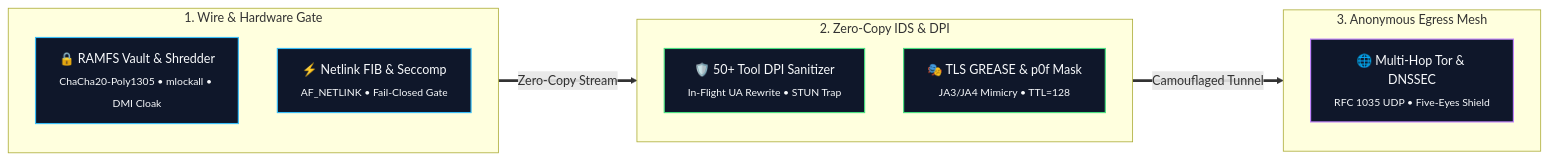
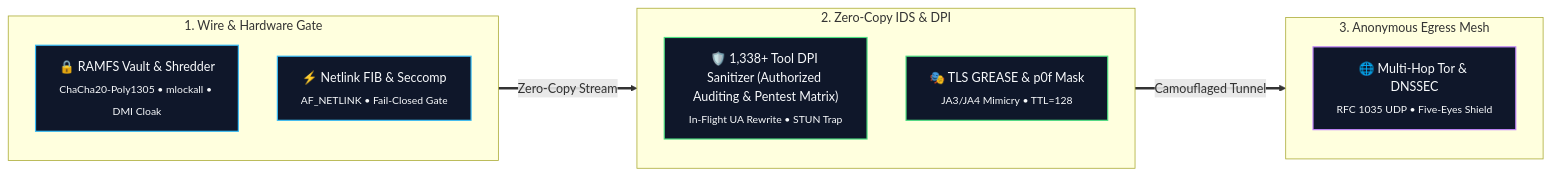
The first of 2 diagrams in README.md (ByGh00st/wraith), drawn with Mermaid before and after one commit. The commit also changed other lines of this file and 112 other files, not shown here.

````diff
--- a/README.md
+++ b/README.md
@@ -95,23 +100,23 @@
 ```mermaid
 graph LR
     classDef kBox fill:#0f172a,stroke:#38bdf8,stroke-width:1.5px,color:#f8fafc;
     classDef gBox fill:#0f172a,stroke:#4ade80,stroke-width:1.5px,color:#f8fafc;
     classDef tBox fill:#0f172a,stroke:#c084fc,stroke-width:1.5px,color:#f8fafc;
 
     subgraph G1["1. Wire & Hardware Gate"]
         L0["🔒 RAMFS Vault & Shredder<br/><sub>ChaCha20-Poly1305 • mlockall • DMI Cloak</sub>"]:::kBox
         L1["⚡ Netlink FIB & Seccomp<br/><sub>AF_NETLINK • Fail-Closed Gate</sub>"]:::kBox
     end
 
     subgraph G2["2. Zero-Copy IDS & DPI"]
-        L2["🛡️ 50+ Tool DPI Sanitizer<br/><sub>In-Flight UA Rewrite • STUN Trap</sub>"]:::gBox
+        L2["🛡️ 1,338+ Tool DPI Sanitizer (Authorized Auditing & Pentest Matrix)<br/><sub>In-Flight UA Rewrite • STUN Trap</sub>"]:::gBox
         L3["🎭 TLS GREASE & p0f Mask<br/><sub>JA3/JA4 Mimicry • TTL=128</sub>"]:::gBox
     end
 
     subgraph G3["3. Anonymous Egress Mesh"]
         L4["🌐 Multi-Hop Tor & DNSSEC<br/><sub>RFC 1035 UDP • Five-Eyes Shield</sub>"]:::tBox
     end
 
     G1 ==>|Zero-Copy Stream| G2
     G2 ==>|Camouflaged Tunnel| G3
 ```
````
